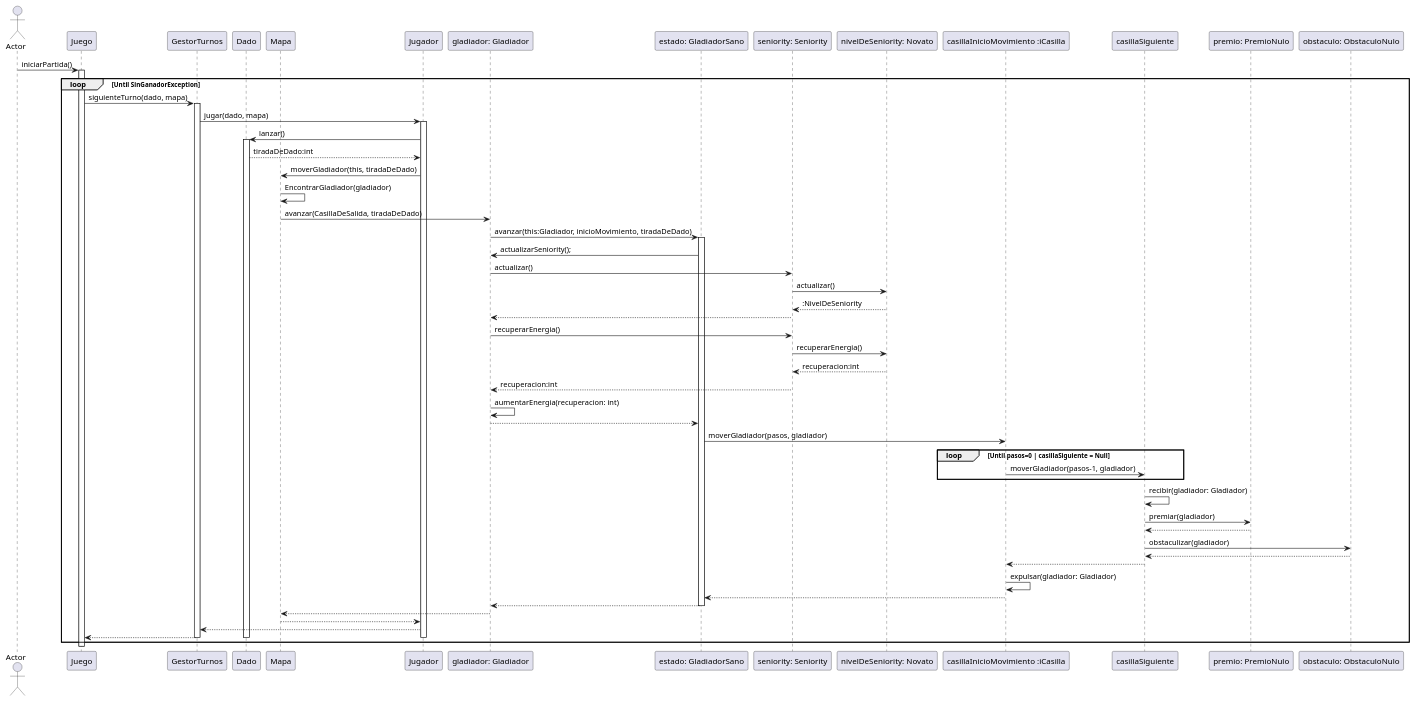
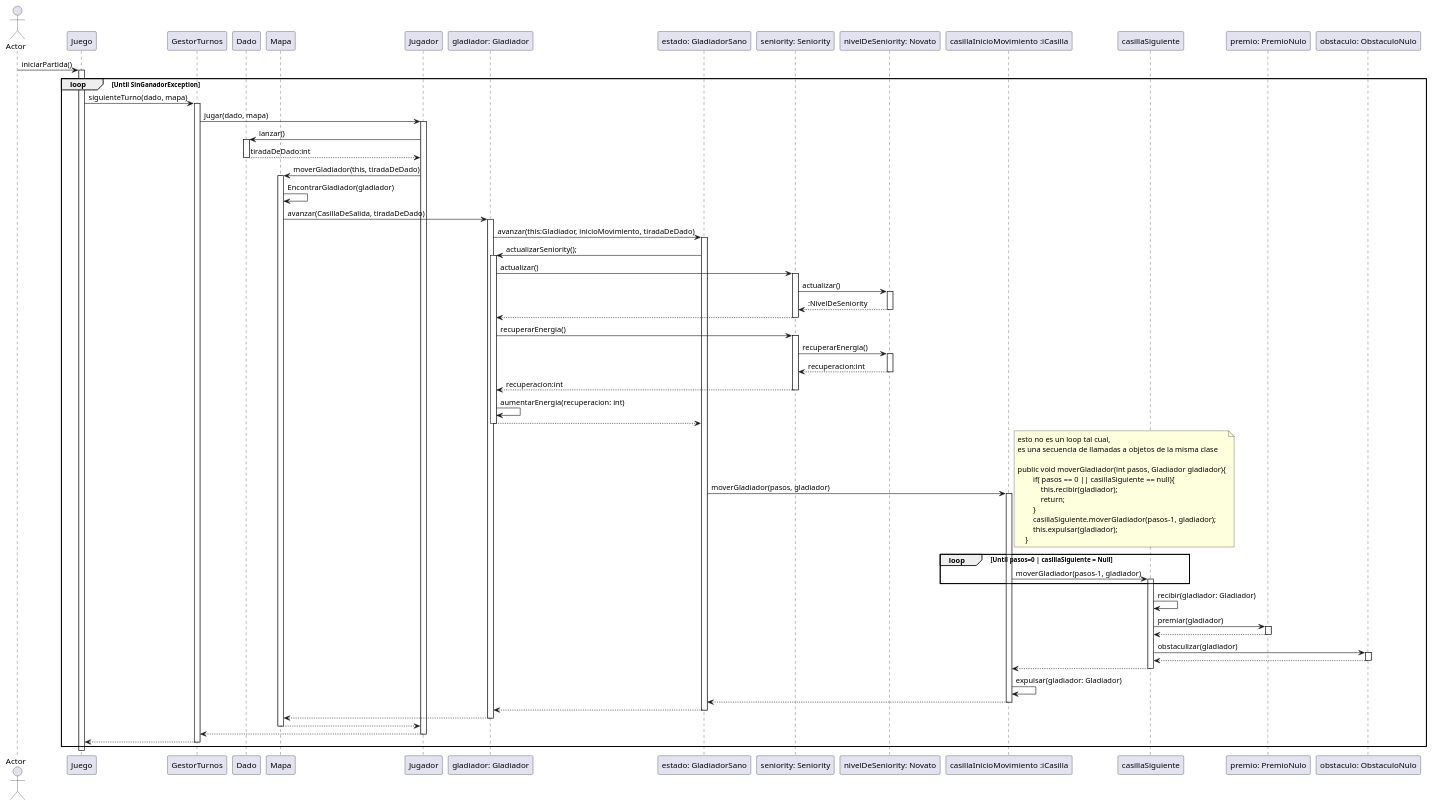
The diagram in diagrams/sequences/InicioPartidaYJuegaUnTurno.puml (mcumskov/Algo3_tp2), drawn with PlantUML before and after one commit. The commit also changed 6 other files, not shown here.

Commit message:
actualizacion d digarmas d clase y secuencia

```diff
--- a/diagrams/sequences/InicioPartidaYJuegaUnTurno.puml
+++ b/diagrams/sequences/InicioPartidaYJuegaUnTurno.puml
@@ -1,60 +1,99 @@
 @startuml
 actor Actor
 participant Juego
 participant GestorTurnos
 participant Dado
 participant Mapa
 participant Jugador
 
 Actor -> Juego: iniciarPartida()
 activate Juego
 loop Until SinGanadorException
     Juego -> GestorTurnos: siguienteTurno(dado, mapa)
     activate GestorTurnos
     GestorTurnos -> Jugador: jugar(dado, mapa)
     activate Jugador
     Jugador -> Dado: lanzar()
     activate Dado
     Dado --> Jugador: tiradaDeDado:int
+
+    deactivate Dado
+
     Jugador -> Mapa: moverGladiador(this, tiradaDeDado)
+    activate Mapa
     Mapa -> Mapa: EncontrarGladiador(gladiador)
     Mapa -> "gladiador: Gladiador":avanzar(CasillaDeSalida, tiradaDeDado)
+    activate "gladiador: Gladiador"
     "gladiador: Gladiador" -> "estado: GladiadorSano": avanzar(this:Gladiador, inicioMovimiento, tiradaDeDado)
     activate "estado: GladiadorSano"
     "estado: GladiadorSano" -> "gladiador: Gladiador": actualizarSeniority();
+    activate "gladiador: Gladiador"
     "gladiador: Gladiador" -> "seniority: Seniority":actualizar()
+    activate "seniority: Seniority"
     "seniority: Seniority" -> "nivelDeSeniority: Novato":actualizar()
+    activate "nivelDeSeniority: Novato"
     "nivelDeSeniority: Novato" --> "seniority: Seniority": :NivelDeSeniority
+    deactivate "nivelDeSeniority: Novato"
     "seniority: Seniority" --> "gladiador: Gladiador"
+    deactivate "seniority: Seniority"
     "gladiador: Gladiador" -> "seniority: Seniority":recuperarEnergia()
+   activate "seniority: Seniority"
     "seniority: Seniority" -> "nivelDeSeniority: Novato":recuperarEnergia()
+     activate "nivelDeSeniority: Novato"
     "nivelDeSeniority: Novato" --> "seniority: Seniority": recuperacion:int
+    deactivate "nivelDeSeniority: Novato"
     "seniority: Seniority" --> "gladiador: Gladiador": recuperacion:int
+    deactivate "seniority: Seniority"
     "gladiador: Gladiador" -> "gladiador: Gladiador": aumentarEnergia(recuperacion: int)
+
     "gladiador: Gladiador" --> "estado: GladiadorSano"
-     "estado: GladiadorSano" -> "casillaInicioMovimiento :iCasilla": moverGladiador(pasos, gladiador)
+    deactivate "gladiador: Gladiador"
+
+    "estado: GladiadorSano" -> "casillaInicioMovimiento :iCasilla": moverGladiador(pasos, gladiador)
+    activate "casillaInicioMovimiento :iCasilla"
+    note right
+    esto no es un loop tal cual,
+    es una secuencia de llamadas a objetos de la misma clase
+
+    public void moverGladiador(int pasos, Gladiador gladiador){
+            if( pasos == 0 || casillaSiguiente == null){
+                this.recibir(gladiador);
+                return;
+            }
+            casillaSiguiente.moverGladiador(pasos-1, gladiador);
+            this.expulsar(gladiador);
+        }
+    end note
     loop Until pasos=0 | casillaSiguiente = Null
      "casillaInicioMovimiento :iCasilla" -> casillaSiguiente :moverGladiador(pasos-1, gladiador)
+    activate casillaSiguiente
     end
     casillaSiguiente -> casillaSiguiente: recibir(gladiador: Gladiador)
     casillaSiguiente -> "premio: PremioNulo" : premiar(gladiador)
+    activate "premio: PremioNulo"
     "premio: PremioNulo" --> casillaSiguiente
+    deactivate "premio: PremioNulo"
     casillaSiguiente -> "obstaculo: ObstaculoNulo" : obstaculizar(gladiador)
+    activate "obstaculo: ObstaculoNulo"
     "obstaculo: ObstaculoNulo" --> casillaSiguiente
+    deactivate "obstaculo: ObstaculoNulo"
     casillaSiguiente --> "casillaInicioMovimiento :iCasilla":
+    deactivate casillaSiguiente
     "casillaInicioMovimiento :iCasilla" -> "casillaInicioMovimiento :iCasilla": expulsar(gladiador: Gladiador)
     "casillaInicioMovimiento :iCasilla" --> "estado: GladiadorSano"
+    deactivate "casillaInicioMovimiento :iCasilla"
     "estado: GladiadorSano" --> "gladiador: Gladiador"
     deactivate "estado: GladiadorSano"
     "gladiador: Gladiador" --> Mapa
+    deactivate "gladiador: Gladiador"
+
     Mapa --> Jugador
+    deactivate Mapa
     Jugador--> GestorTurnos
+    deactivate Jugador
     GestorTurnos --> Juego
-
-    deactivate Jugador
-    deactivate Dado
     deactivate GestorTurnos
 end
 deactivate Juego
 
 @enduml
```
